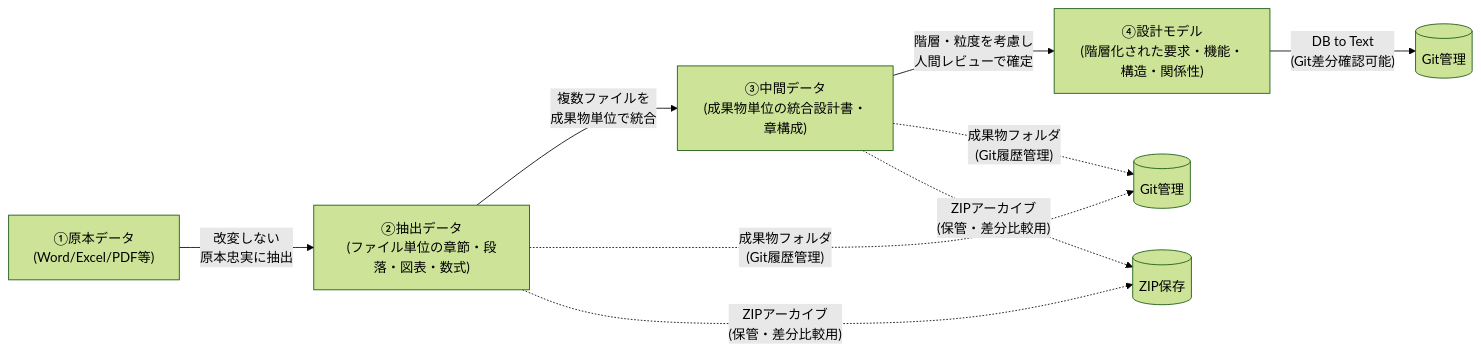
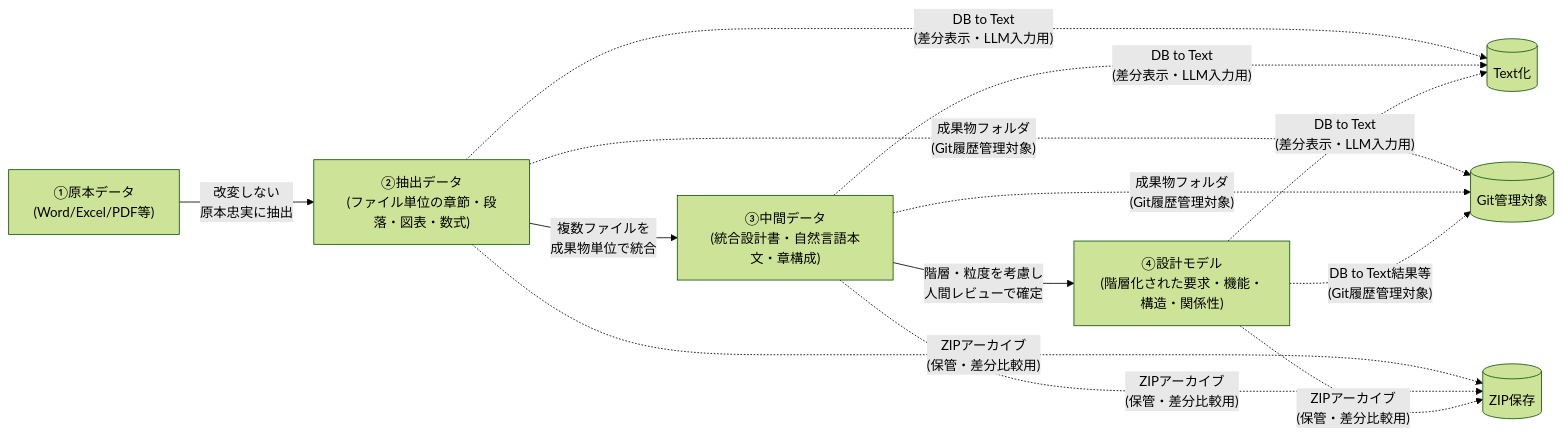
The first of 2 diagrams in docs/srs_main.md (kfuruichi0920/d2d), drawn with Mermaid (forest theme) before and after one commit. The commit also changed other lines of this file and 9 other files, not shown here.

````diff
--- a/docs/srs_main.md
+++ b/docs/srs_main.md
@@ -67,17 +69,21 @@
 ```mermaid
 flowchart LR
     A["①原本データ\n(Word/Excel/PDF等)"]
     B["②抽出データ\n(ファイル単位の章節・段落・図表・数式)"]
-    C["③中間データ\n(成果物単位の統合設計書・章構成)"]
+    C["③中間データ\n(統合設計書・自然言語本文・章構成)"]
     D["④設計モデル\n(階層化された要求・機能・構造・関係性)"]
 
     A -->|"改変しない\n原本忠実に抽出"| B
     B -->|"複数ファイルを\n成果物単位で統合"| C
     C -->|"階層・粒度を考慮し\n人間レビューで確定"| D
-    D -->|"DB to Text\n(Git差分確認可能)"| E[(Git管理)]
+    B -.->|"DB to Text\n(差分表示・LLM入力用)"| T[(Text化)]
+    C -.->|"DB to Text\n(差分表示・LLM入力用)"| T
+    D -.->|"DB to Text\n(差分表示・LLM入力用)"| T
 
-    B -.->|"成果物フォルダ\n(Git履歴管理)"| G[(Git管理)]
-    C -.->|"成果物フォルダ\n(Git履歴管理)"| G
+    B -.->|"成果物フォルダ\n(Git履歴管理対象)"| G[(Git管理対象)]
+    C -.->|"成果物フォルダ\n(Git履歴管理対象)"| G
+    D -.->|"DB to Text結果等\n(Git履歴管理対象)"| G
     B -.->|"ZIPアーカイブ\n(保管・差分比較用)"| Z[(ZIP保存)]
     C -.->|"ZIPアーカイブ\n(保管・差分比較用)"| Z
+    D -.->|"ZIPアーカイブ\n(保管・差分比較用)"| Z
 ```
````
